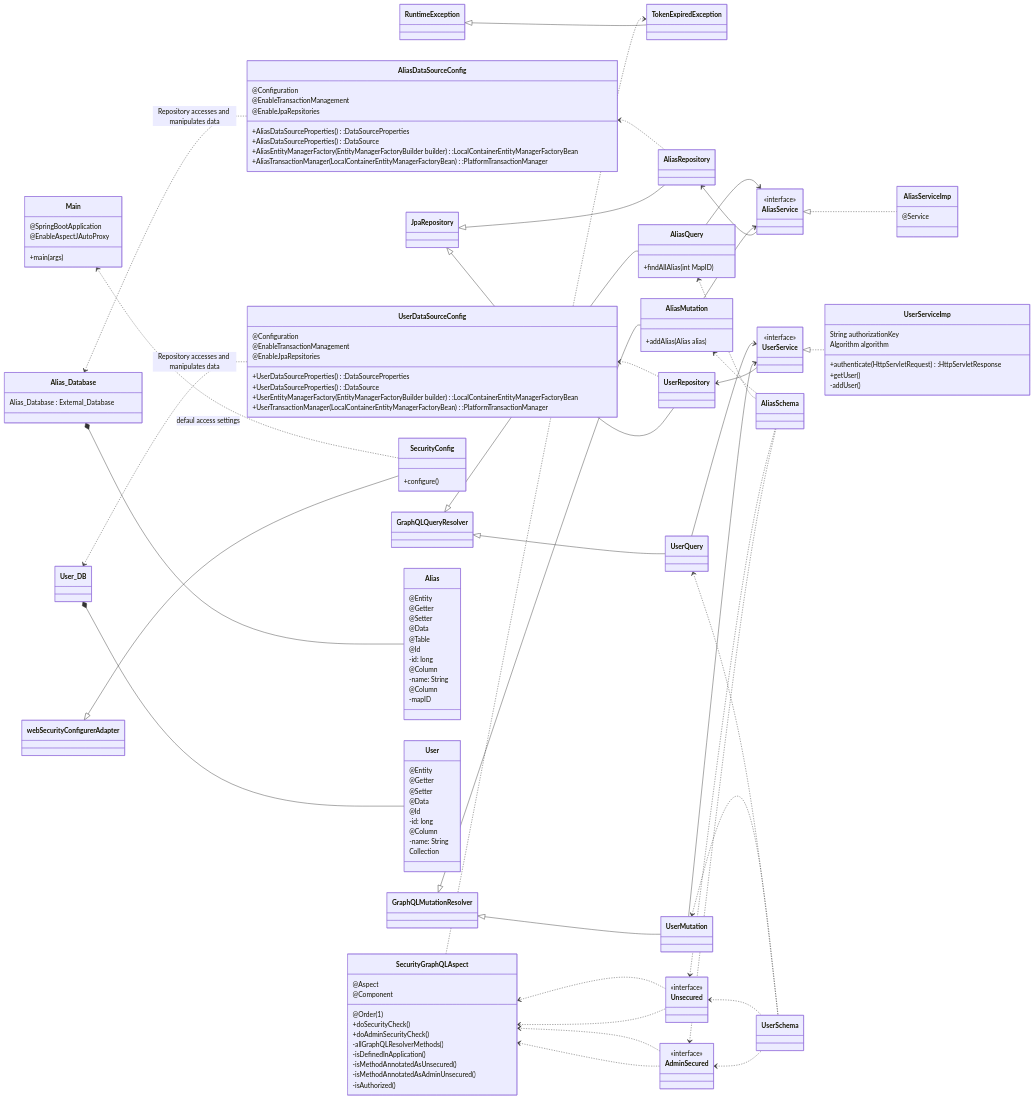
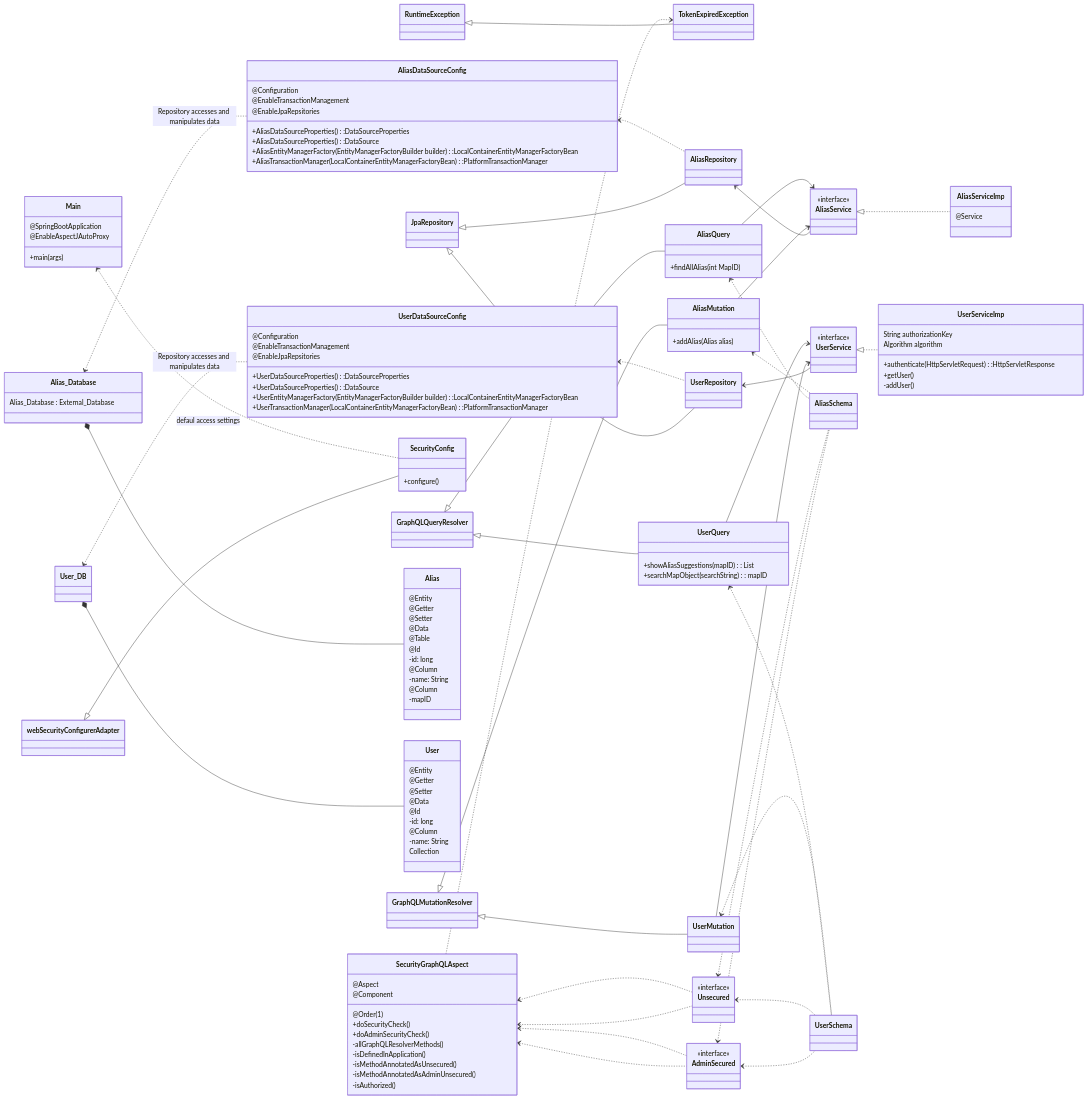
Before and after one commit to coderPaddyS/PSE_G3_Entwurf: the diagram in Kapitel/00_Backend/mermaid/Klassendiagramm1.mmd, drawn with Mermaid.

Commit message:
Update class 'UserQuery' in class diagram of 'Backend'
Add methods 'showAliasSuggestions(mapID) : List<aliasSuggestion>',
'searchMapObject(searchString) : mapID' to
'Kapitel/00_Backend/mermaid/Klassendiagramm1.mmd'.

```diff
--- a/Kapitel/00_Backend/mermaid/Klassendiagramm1.mmd
+++ b/Kapitel/00_Backend/mermaid/Klassendiagramm1.mmd
@@ -1,194 +1,197 @@
 classDiagram
 direction LR
 
 RuntimeException <|-- TokenExpiredException
 GraphQLMutationResolver <|-- AliasMutation
 GraphQLQueryResolver <|-- AliasQuery
 GraphQLMutationResolver <|-- UserMutation
 GraphQLQueryResolver <|-- UserQuery
 JpaRepository <|-- AliasRepository
 JpaRepository <|-- UserRepository
 webSecurityConfigurerAdapter <|-- SecurityConfig
 
 
 AliasService <|.. AliasServiceImp
 UserService <|.. UserServiceImp
 
 AliasRepository <-- AliasService
 UserRepository <-- UserService
 
 SecurityGraphQLAspect <.. AdminSecured
 SecurityGraphQLAspect <.. Unsecured
 SecurityGraphQLAspect ..> TokenExpiredException
 
 Alias_Database *-- Alias
 
 User_DB *-- User
 
 AliasMutation --> AliasService
 AliasQuery --> AliasService
 UserMutation --> UserService
 UserQuery --> UserService
 
 Alias_Database <.. AliasDataSourceConfig : Repository accesses and manipulates data
 AliasDataSourceConfig <.. AliasRepository
 User_DB <.. UserDataSourceConfig : Repository accesses and manipulates data
 UserDataSourceConfig <.. UserRepository
 
 AdminSecured <.. AliasSchema
 Unsecured <.. AliasSchema
 AdminSecured <.. UserSchema
 Unsecured <.. UserSchema
 
 Main <.. SecurityConfig : defaul access settings
 
 AdminSecured ..> SecurityGraphQLAspect
 Unsecured ..> SecurityGraphQLAspect
 
 AliasQuery <.. AliasSchema
 AliasMutation <.. AliasSchema
 
 
 UserQuery <.. UserSchema    
 UserMutation <.. UserSchema
 
 
 class RuntimeException
 
 class TokenExpiredException
 
 
 class AliasService{
 <<interface>>
 }
 
 class AliasServiceImp{
 @Service
 }
 
 class GraphQLMutationResolver 
 
 class AliasMutation{
 +addAlias(Alias alias)
 }
 
 class UserMutation
 
 class GraphQLQueryResolver
 
-class UserQuery
+class UserQuery {
+    +showAliasSuggestions(mapID) : List<aliasSuggestion>
+    +searchMapObject(searchString) : mapID
+}
 
 class AliasQuery{
 +findAllAlias(int MapID)
 }
 
 
 class SecurityConfig{
 +configure()
 }
 
 class AdminSecured{
 <<interface>> 
 }
 
 class Unsecured{
 <<interface>> 
 }
 
 class SecurityGraphQLAspect{
 @Aspect
 @Component
 @Order(1)
 +doSecurityCheck()
 +doAdminSecurityCheck()
 -allGraphQLResolverMethods()
 -isDefinedInApplication()
 -isMethodAnnotatedAsUnsecured()
 -isMethodAnnotatedAsAdminUnsecured()
 -isAuthorized()
 }
 
 
 
 class User{
 @Entity
 @Getter
 @Setter
 @Data
 @Id
 -id: long
 @Column
 -name: String
 Collection<? extends GranedAuthority>
 }
 
 
 class Alias{
 @Entity
 @Getter
 @Setter
 @Data
 @Table
 @Id
 -id: long
 @Column
 -name: String
 @Column
 -mapID
 }
 
 class AliasDataSourceConfig{ 
 @Configuration
 @EnableTransactionManagement
 @EnableJpaRepsitories
 +AliasDataSourceProperties():DataSourceProperties
 +AliasDataSourceProperties():DataSource
 +AliasEntityManagerFactory(EntityManagerFactoryBuilder builder):LocalContainerEntityManagerFactoryBean 
 +AliasTransactionManager(LocalContainerEntityManagerFactoryBean):PlatformTransactionManager 
 }  
 
 class UserDataSourceConfig{ 
 @Configuration
 @EnableTransactionManagement
 @EnableJpaRepsitories
 +UserDataSourceProperties():DataSourceProperties
 +UserDataSourceProperties():DataSource
 +UserEntityManagerFactory(EntityManagerFactoryBuilder builder):LocalContainerEntityManagerFactoryBean 
 +UserTransactionManager(LocalContainerEntityManagerFactoryBean):PlatformTransactionManager 
 }
 
 class webSecurityConfigurerAdapter
 
 class JpaRepository
 
 class AliasRepository
 
 class Alias_Database{
 Alias_Database : External_Database
 }
 
 class UserService{
 <<interface>>
 }
 
 class UserServiceImp{
 String authorizationKey
 Algorithm algorithm
 +authenticate(HttpServletRequest):HttpServletResponse 
 +getUser()
 -addUser()
 }
 
 class UserRepository
 
 class User_DB
 
 
 class AliasSchema
 class UserSchema
 
 class Main {
     @SpringBootApplication
     @EnableAspectJAutoProxy 
         +main(args)
 }
```
